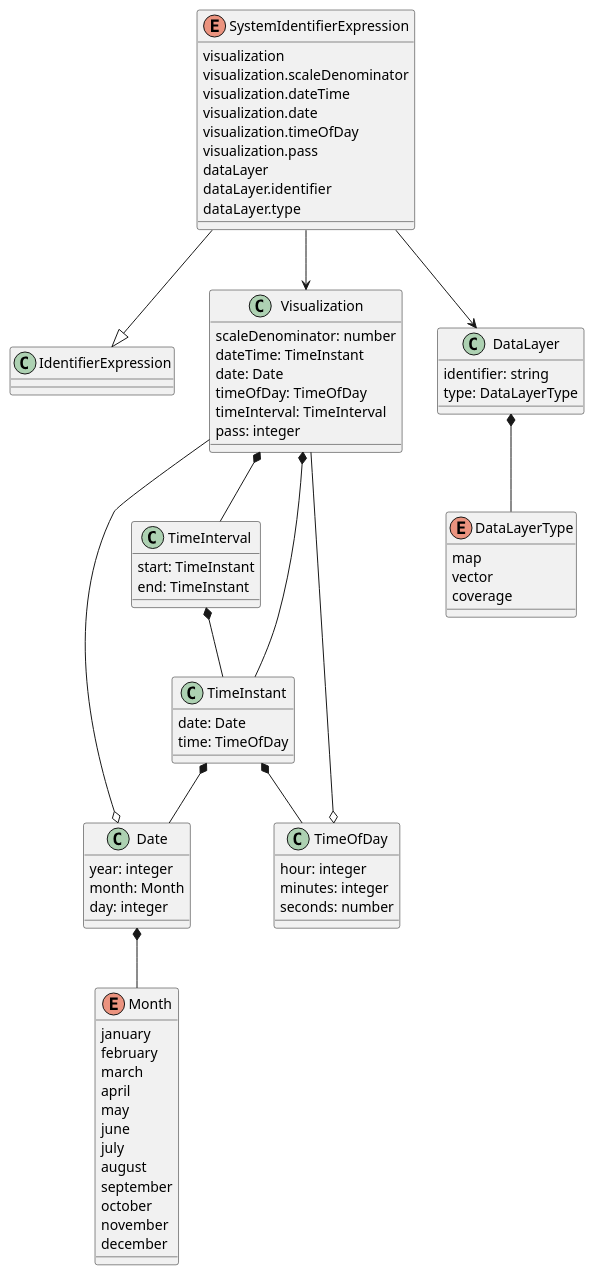
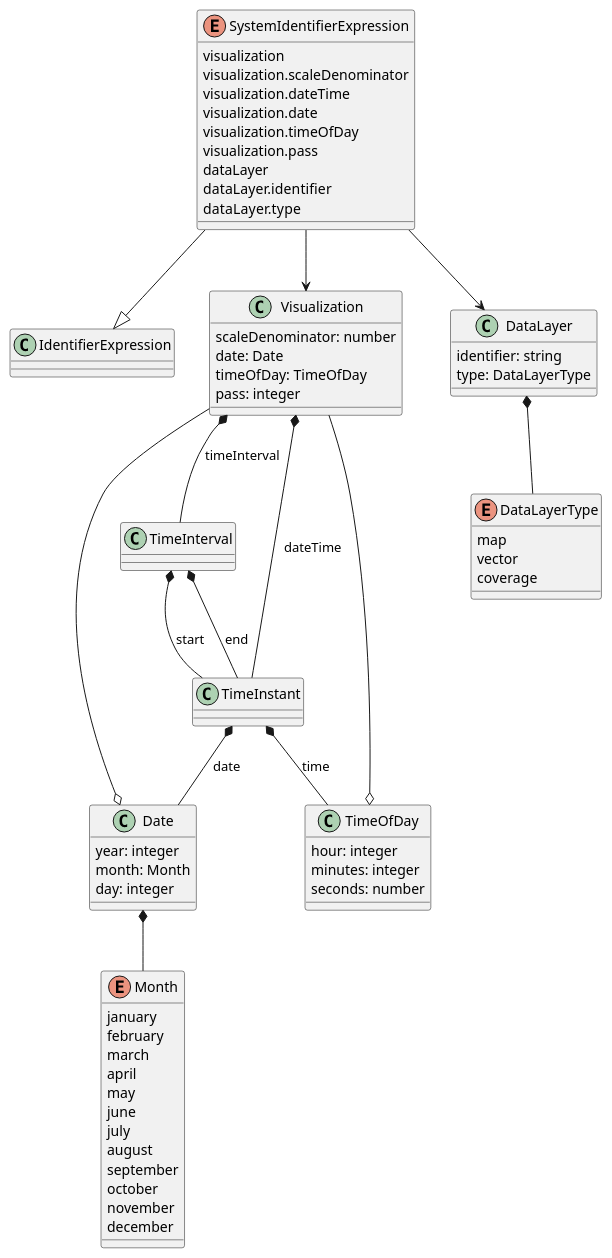
The third of 6 diagrams in 1-core/sections/clause_7_core.adoc (opengeospatial/cartographic-symbology), drawn with PlantUML before and after one commit. The commit also changed other lines of this file, not shown here.

Commit message:
Core UML: show Style.stylingRules, metadata, selector, nestedRules and the other listed properties as associations only

```diff
--- a/1-core/sections/clause_7_core.adoc
+++ b/1-core/sections/clause_7_core.adoc
@@ -450,74 +444,69 @@
 [plantuml, target=diagram-classes, format=png]
 ....
 @startuml
 enum SystemIdentifierExpression
 SystemIdentifierExpression --|> IdentifierExpression
 SystemIdentifierExpression : visualization
 SystemIdentifierExpression : visualization.scaleDenominator
 SystemIdentifierExpression : visualization.dateTime
 SystemIdentifierExpression : visualization.date
 SystemIdentifierExpression : visualization.timeOfDay
 SystemIdentifierExpression : visualization.pass
 SystemIdentifierExpression : dataLayer
 SystemIdentifierExpression : dataLayer.identifier
 SystemIdentifierExpression : dataLayer.type
 SystemIdentifierExpression --> Visualization
 SystemIdentifierExpression --> DataLayer
 
 Visualization : scaleDenominator: number
-Visualization : dateTime: TimeInstant
 Visualization : date: Date
 Visualization : timeOfDay: TimeOfDay
-Visualization : timeInterval: TimeInterval
 Visualization : pass: integer
-Visualization *-- TimeInstant
-Visualization *-- TimeInterval
+Visualization *-- TimeInstant : dateTime
+Visualization *-- TimeInterval : timeInterval
 Visualization --o Date
 Visualization --o TimeOfDay
 
 class DataLayer
 DataLayer : identifier: string
 DataLayer : type: DataLayerType
 DataLayer *-- DataLayerType
 
 enum DataLayerType
 DataLayerType : map
 DataLayerType : vector
 DataLayerType : coverage
 
 class TimeInstant
-TimeInstant : date: Date
-TimeInstant : time: TimeOfDay
-TimeInstant *-- Date
-TimeInstant *-- TimeOfDay
+TimeInstant *-- Date : date
+TimeInstant *-- TimeOfDay : time
 
-TimeInterval : start: TimeInstant
-TimeInterval : end: TimeInstant
-TimeInterval *-- TimeInstant
+TimeInterval *-- TimeInstant : start
+TimeInterval *-- TimeInstant : end
 
 class Date
 Date : year: integer
 Date : month: Month
 Date : day: integer
 Date *-- Month
 
 class TimeOfDay
 TimeOfDay : hour: integer
 TimeOfDay : minutes: integer
 TimeOfDay : seconds: number
 
 enum Month
 Month : january
 Month : february
 Month : march
 Month : april
 Month : may
 Month : june
 Month : july
 Month : august
 Month : september
 Month : october
 Month : november
 Month : december
 @enduml
 ....
```
